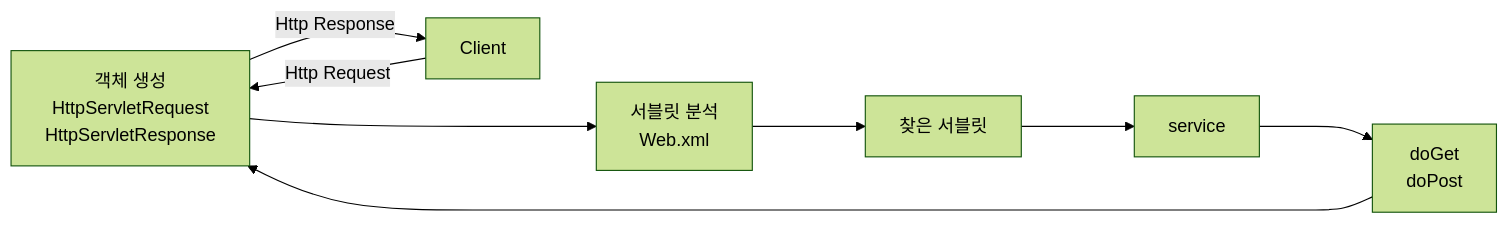
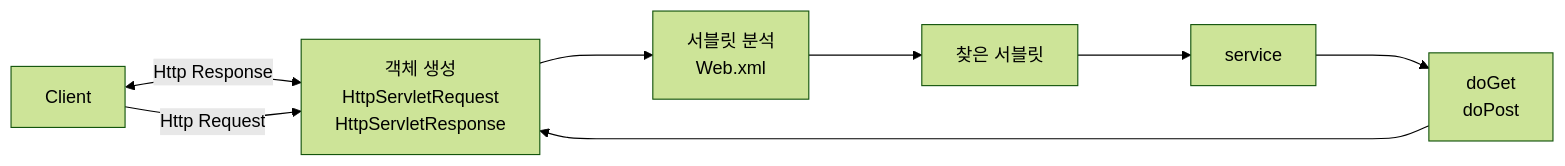
The diagram in _posts/java/concept/2023-12-06-Servlet.md (KimKiHyun0206/backend-logos), drawn with Mermaid (forest theme) before and after one commit.

Commit message:
fix : mermaid

````diff
--- a/_posts/java/concept/2023-12-06-Servlet.md
+++ b/_posts/java/concept/2023-12-06-Servlet.md
@@ -34,12 +34,13 @@
 ```mermaid
 graph LR
 c[Client]
 1[객체 생성\nHttpServletRequest\nHttpServletResponse]
 2[서블릿 분석\nWeb.xml]
 3[찾은 서블릿]
 4[service]
 5[doGet\ndoPost]
 
+c<--Http Response--> 1
 c --Http Request-->1--->2--->3
-3--->4--->5---->1 --Http Response--> c
+3--->4--->5---->1
 ```
````
